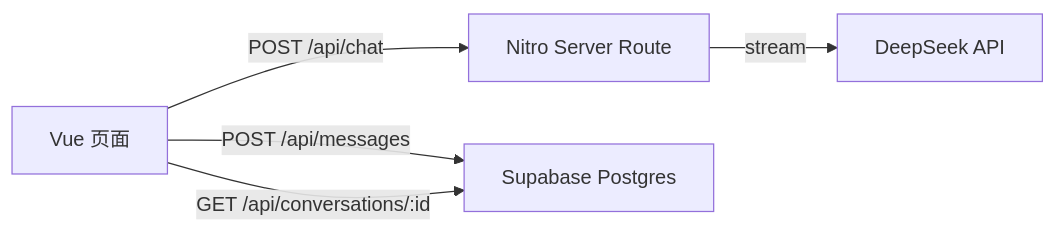
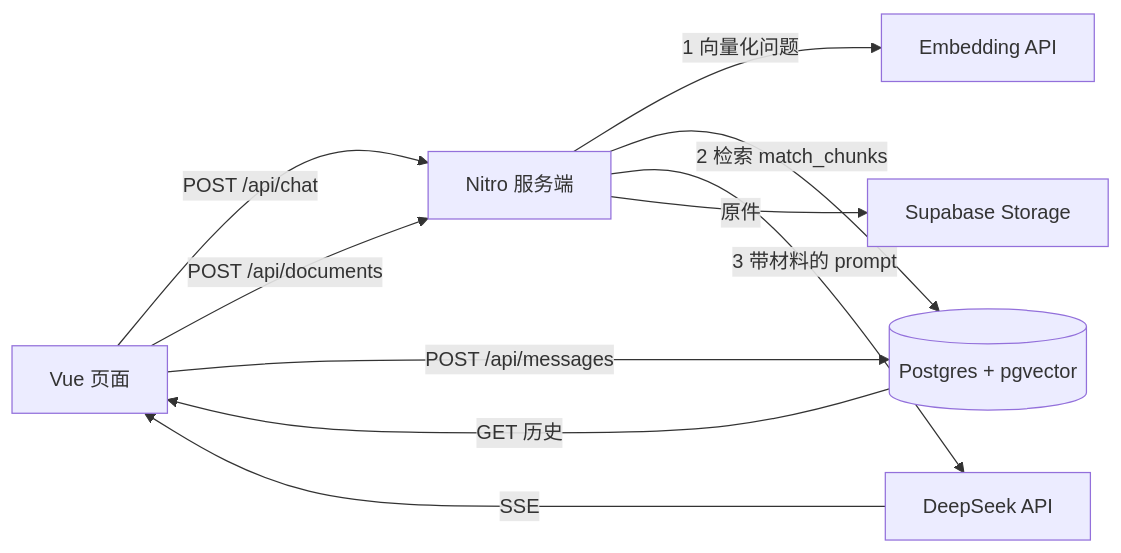
Before and after one commit to luuu4129955/rag-docs-assistant: the diagram in README.md, drawn with Mermaid. The commit also changed other lines of this file and 12 other files, not shown here.

````diff
--- a/README.md
+++ b/README.md
@@ -18,7 +22,12 @@
 ```mermaid
 flowchart LR
-  A[Vue 页面] -->|POST /api/chat| B[Nitro Server Route]
-  B -->|stream| C[DeepSeek API]
-  A -->|POST /api/messages| D[Supabase Postgres]
-  A -->|GET /api/conversations/:id| D
+  A[Vue 页面] -->|POST /api/chat| B[Nitro 服务端]
+  B -->|1 向量化问题| E[Embedding API]
+  B -->|2 检索 match_chunks| D[(Postgres + pgvector)]
+  B -->|3 带材料的 prompt| C[DeepSeek API]
+  C -->|SSE| A
+  A -->|POST /api/documents| B
+  B -->|原件| F[Supabase Storage]
+  A -->|POST /api/messages| D
+  D -->|GET 历史| A
 ```
````
